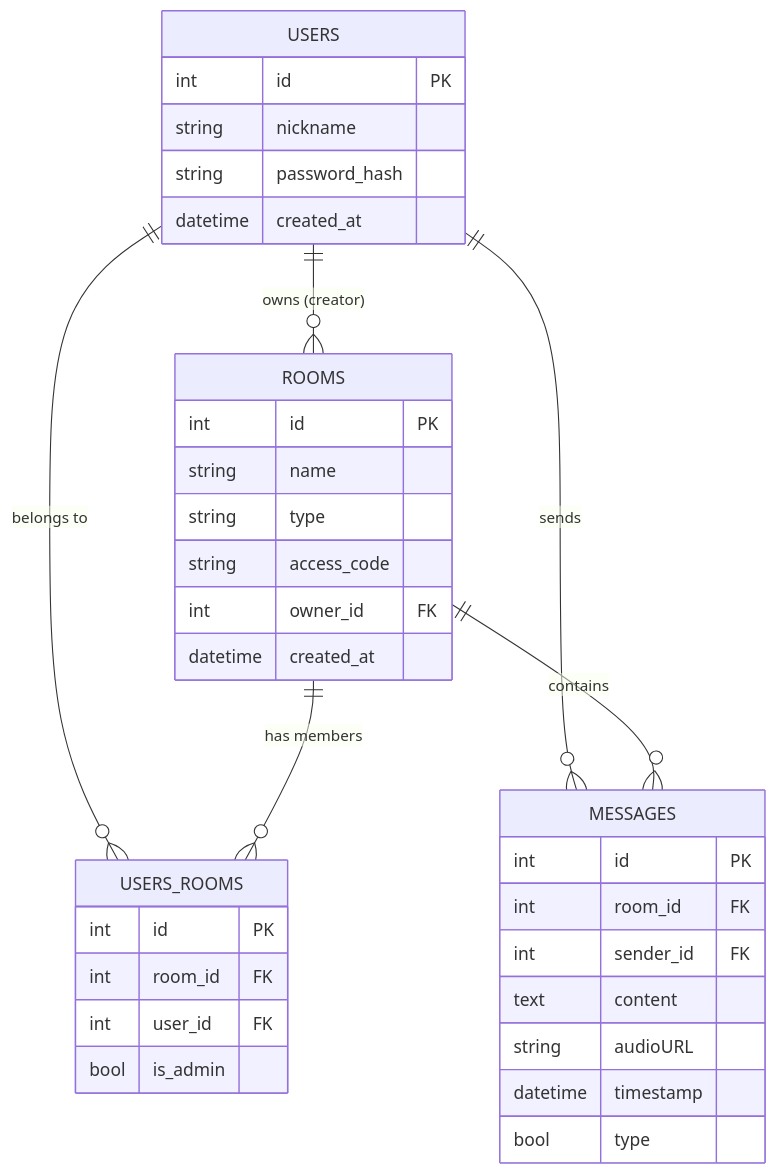
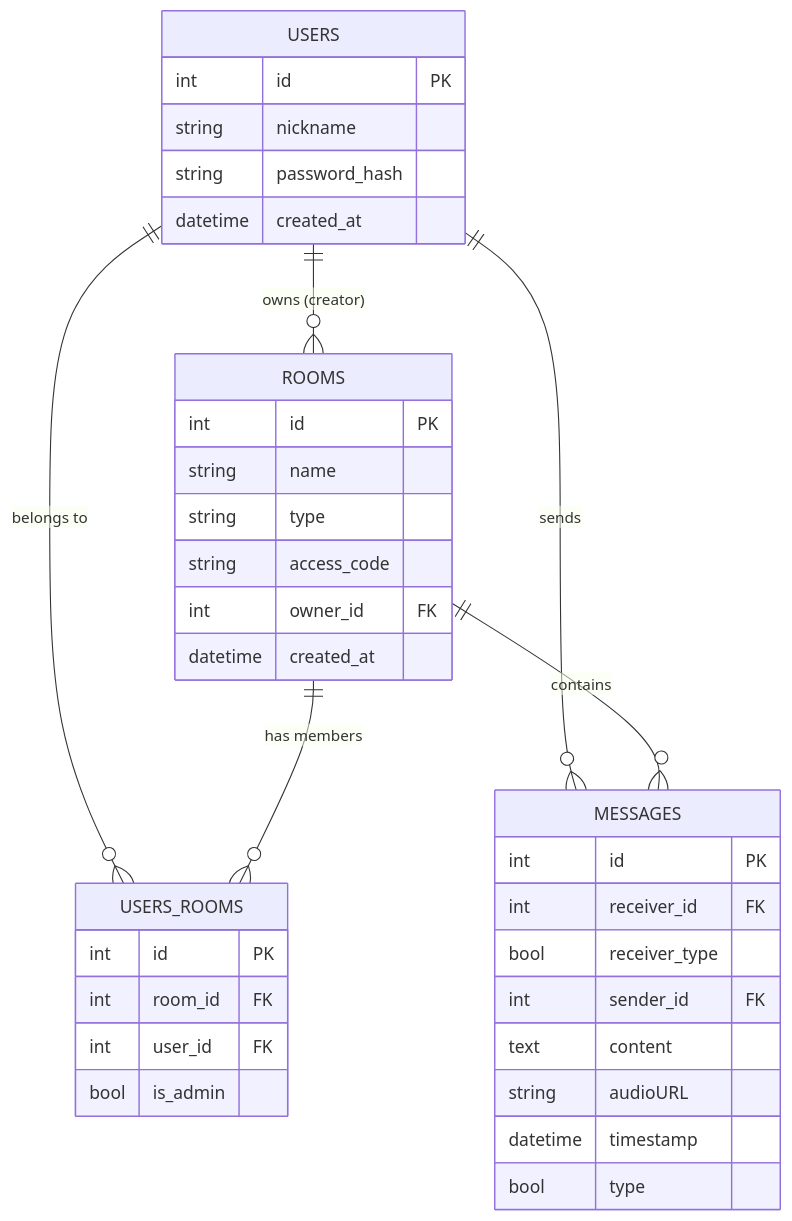
Before and after one commit to sarek167/PWChat: the second of 2 diagrams in README.md, drawn with Mermaid. The commit also changed other lines of this file, not shown here.

````diff
--- a/README.md
+++ b/README.md
@@ -264,38 +295,39 @@
 ```mermaid
 erDiagram
 USERS ||--o{ USERS_ROOMS : "belongs to"
     ROOMS ||--o{ USERS_ROOMS : "has members"
     USERS ||--o{ MESSAGES : "sends"
     ROOMS ||--o{ MESSAGES : "contains"
     USERS ||--o{ ROOMS : "owns (creator)"
 
     USERS {
         int id PK
         string nickname
         string password_hash
         datetime created_at
     }
     ROOMS {
         int id PK
         string name
         string type
         string access_code
         int owner_id FK
         datetime created_at
     }
     MESSAGES {
         int id PK
-        int room_id FK
+        int receiver_id FK
+        bool receiver_type
         int sender_id FK
         text content
         string audioURL
         datetime timestamp
         bool type
     }
     USERS_ROOMS {
         int id PK
         int room_id FK
         int user_id FK
         bool is_admin
     }
 ```
````
